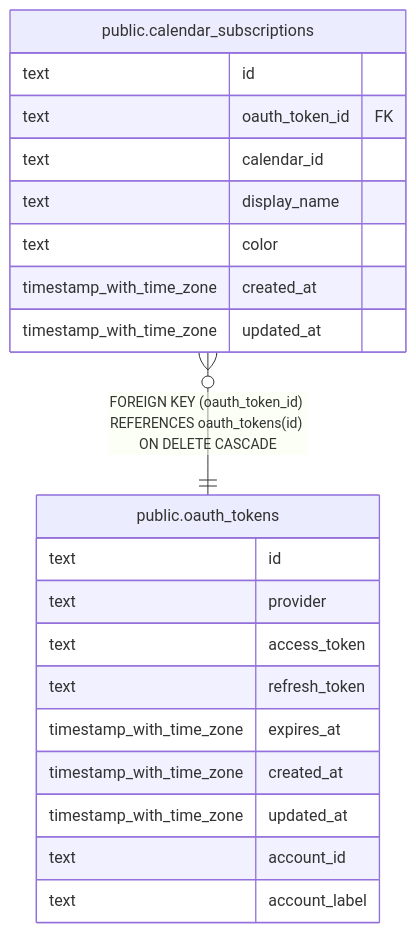
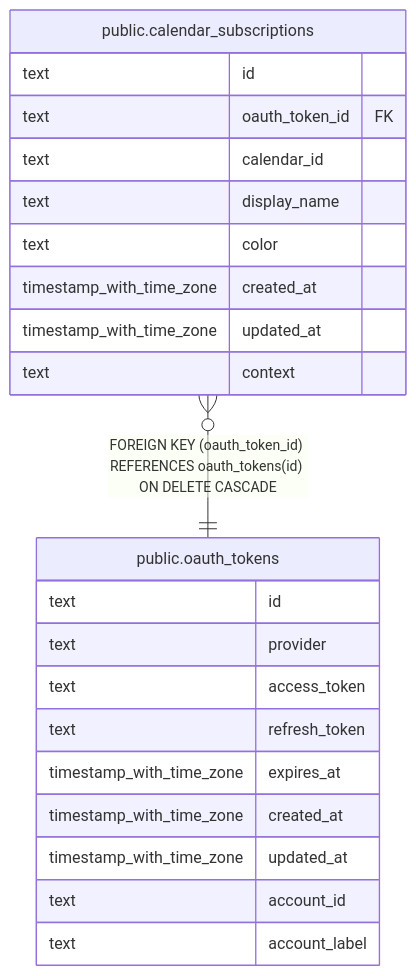
Before and after one commit to fohte/tq: the diagram in docs/db/public.oauth_tokens.md, drawn with Mermaid. The commit also changed 19 other files, not shown here.

````diff
--- a/docs/db/public.oauth_tokens.md
+++ b/docs/db/public.oauth_tokens.md
@@ -34,26 +34,27 @@
 ```mermaid
 erDiagram
 
 "public.calendar_subscriptions" }o--|| "public.oauth_tokens" : "FOREIGN KEY (oauth_token_id) REFERENCES oauth_tokens(id) ON DELETE CASCADE"
 
 "public.oauth_tokens" {
   text id
   text provider
   text access_token
   text refresh_token
   timestamp_with_time_zone expires_at
   timestamp_with_time_zone created_at
   timestamp_with_time_zone updated_at
   text account_id
   text account_label
 }
 "public.calendar_subscriptions" {
   text id
   text oauth_token_id FK
   text calendar_id
   text display_name
   text color
   timestamp_with_time_zone created_at
   timestamp_with_time_zone updated_at
+  text context
 }
 ```
````
